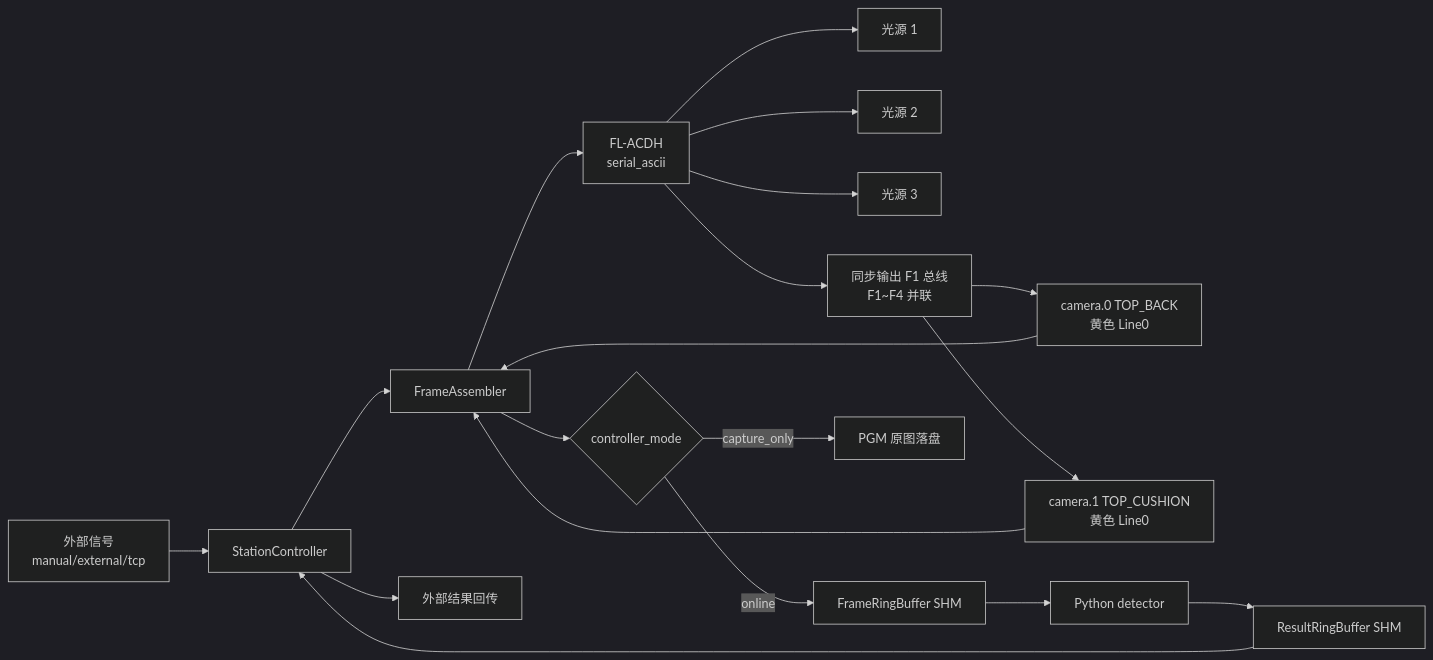
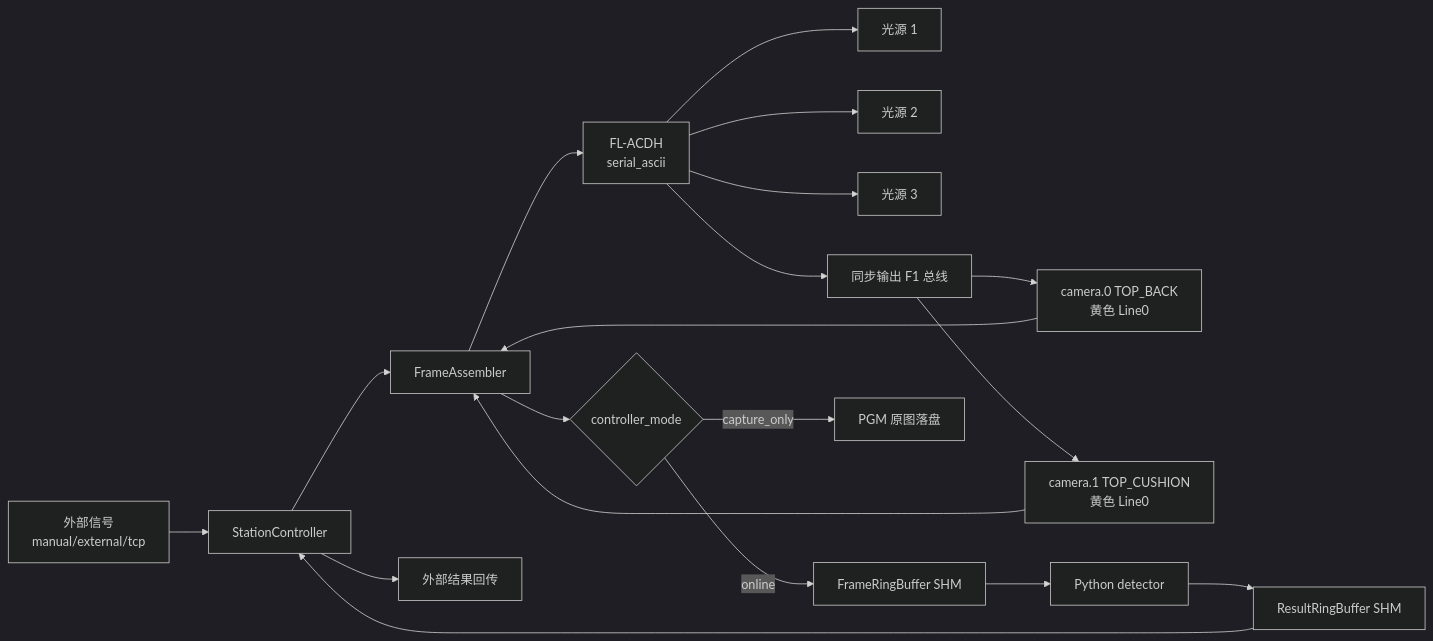
The diagram in cpp_controller/README.md (celien99/seat-surface-aoi), drawn with Mermaid (dark theme) before and after one commit. The commit also changed other lines of this file and 6 other files, not shown here.

````diff
--- a/cpp_controller/README.md
+++ b/cpp_controller/README.md
@@ -7,21 +7,21 @@
 ```mermaid
 flowchart LR
   Signal["外部信号\nmanual/external/tcp"] --> Station["StationController"]
   Station --> Assembler["FrameAssembler"]
   Assembler --> Strobe["FL-ACDH\nserial_ascii"]
   Strobe --> L1["光源 1"]
   Strobe --> L2["光源 2"]
   Strobe --> L3["光源 3"]
-  Strobe --> F1["同步输出 F1 总线\nF1~F4 并联"]
+  Strobe --> F1["同步输出 F1 总线"]
   F1 --> Cam0["camera.0 TOP_BACK\n黄色 Line0"]
   F1 --> Cam1["camera.1 TOP_CUSHION\n黄色 Line0"]
   Cam0 --> Assembler
   Cam1 --> Assembler
   Assembler --> Mode{"controller_mode"}
   Mode -->|online| FrameRing["FrameRingBuffer SHM"]
   FrameRing --> Py["Python detector"]
   Py --> ResultRing["ResultRingBuffer SHM"]
   ResultRing --> Station
   Mode -->|capture_only| Images["PGM 原图落盘"]
   Station --> Output["外部结果回传"]
 ```
````
